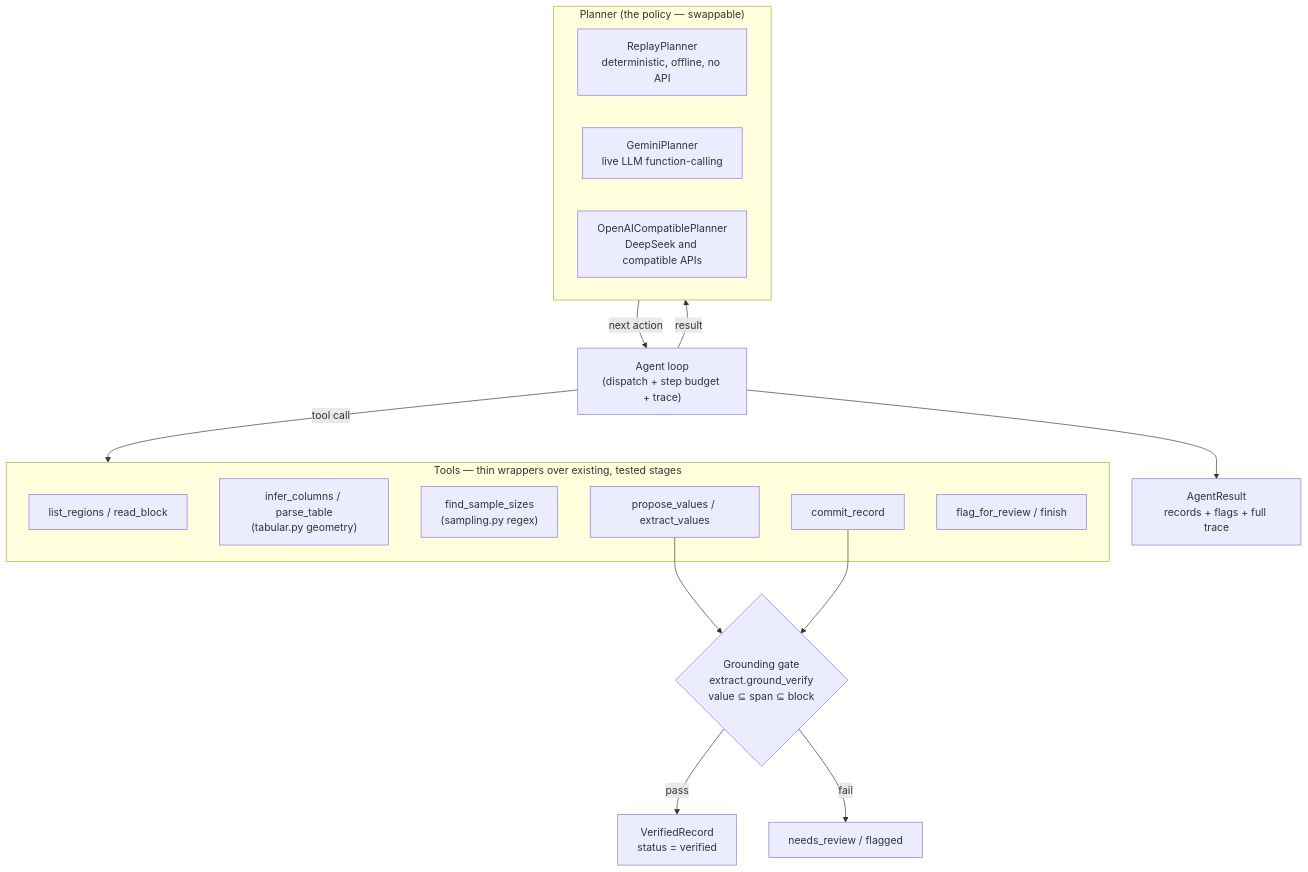
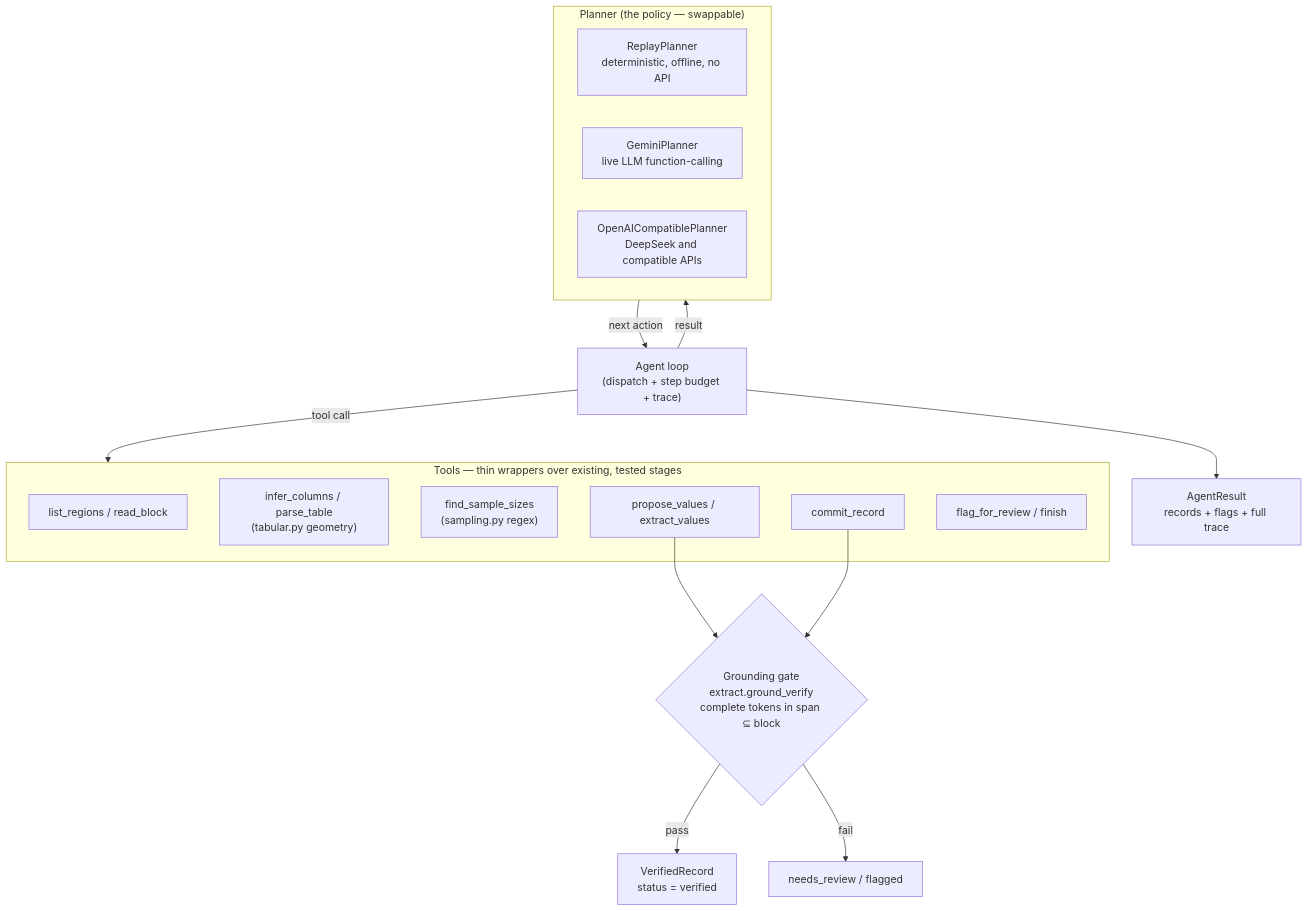
Before and after one commit to zxjzxjnb/LLM-assisted-data-extraction-tool-for-Meta-analysis: the diagram in docs/AGENT.md, drawn with Mermaid. The commit also changed other lines of this file and 40 other files, not shown here.

````diff
--- a/docs/AGENT.md
+++ b/docs/AGENT.md
@@ -30,29 +30,29 @@
 ```mermaid
 flowchart TB
     subgraph policy["Planner (the policy — swappable)"]
         RP["ReplayPlanner<br/>deterministic, offline, no API"]
         GP["GeminiPlanner<br/>live LLM function-calling"]
         OP["OpenAICompatiblePlanner<br/>DeepSeek and compatible APIs"]
     end
 
     policy -->|next action| LOOP["Agent loop<br/>(dispatch + step budget + trace)"]
     LOOP -->|tool call| TOOLS
 
     subgraph TOOLS["Tools — thin wrappers over existing, tested stages"]
         T1["list_regions / read_block"]
         T2["infer_columns / parse_table<br/>(tabular.py geometry)"]
         T3["find_sample_sizes<br/>(sampling.py regex)"]
         T4["propose_values / extract_values"]
         T5["commit_record"]
         T6["flag_for_review / finish"]
     end
 
     T4 --> GATE
     T5 --> GATE
-    GATE{"Grounding gate<br/>extract.ground_verify<br/>value ⊆ span ⊆ block"}
+GATE{"Grounding gate<br/>extract.ground_verify<br/>complete tokens in span ⊆ block"}
     GATE -->|pass| REC["VerifiedRecord<br/>status = verified"]
     GATE -->|fail| FLAG["needs_review / flagged"]
 
     LOOP -->|result| policy
     LOOP --> TRACE["AgentResult<br/>records + flags + full trace"]
 ```
````
